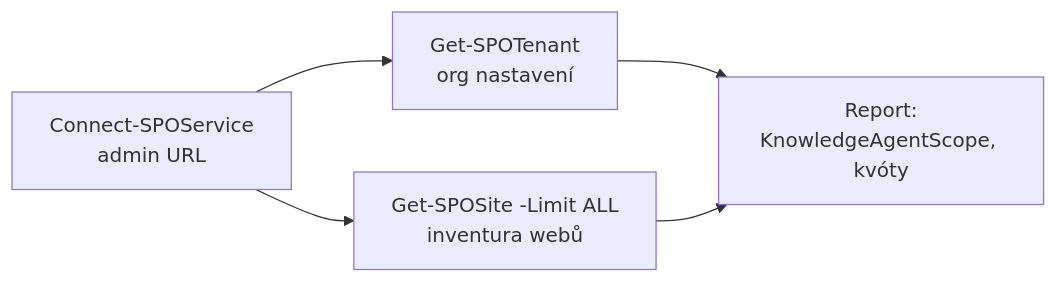
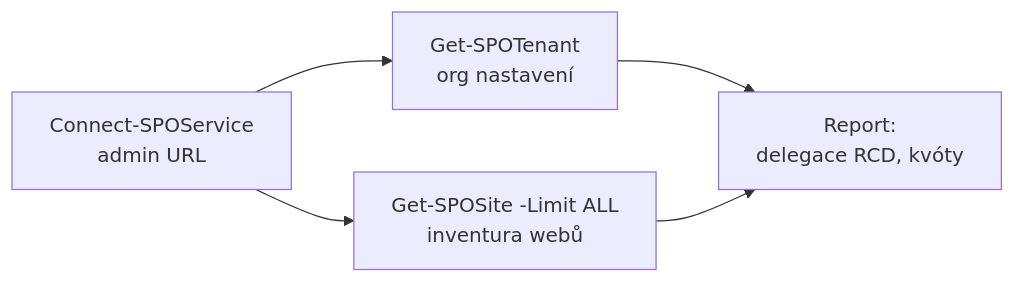
One commit to MalasekPetr/gopas-goc224 changed the diagram in day-2/powershell-spo/README.md. Above: the diagram before and after it, drawn with Mermaid. The commit also changed other lines of this file and 60 other files, not shown here.

````diff
--- a/day-2/powershell-spo/README.md
+++ b/day-2/powershell-spo/README.md
@@ -23,7 +23,7 @@
 ```mermaid
 flowchart LR
   C[Connect-SPOService<br>admin URL] --> T[Get-SPOTenant<br>org nastavení]
   C --> S[Get-SPOSite -Limit ALL<br>inventura webů]
-  T --> R[Report:<br>KnowledgeAgentScope, kvóty]
+  T --> R[Report:<br>delegace RCD, kvóty]
   S --> R
 ```
````
